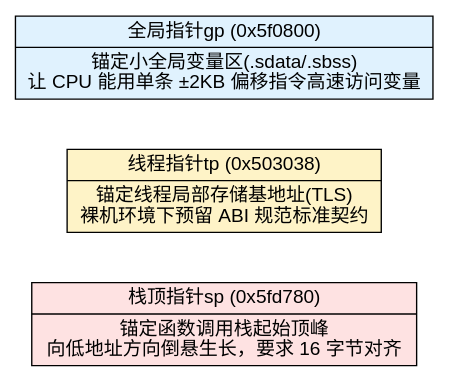
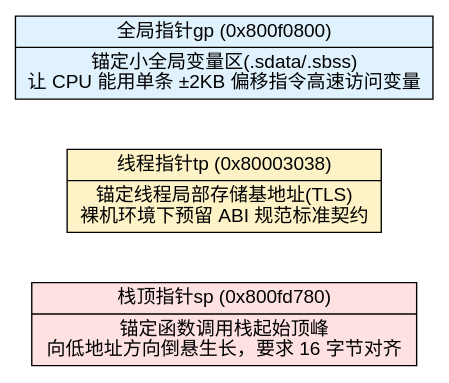
The fourth of 13 diagrams in src/content/posts/riscv-baremetal-boot-and-runtime-bringup-guide.md (hqu-little-boy/blog), drawn with Graphviz before and after one commit. The commit also changed other lines of this file and 3 other files, not shown here.

Commit message:
feat(diagrams): support in-place source code toggle and character-level text selection

````diff
--- a/src/content/posts/riscv-baremetal-boot-and-runtime-bringup-guide.md
+++ b/src/content/posts/riscv-baremetal-boot-and-runtime-bringup-guide.md
@@ -272,12 +272,12 @@
 ```graphviz
 digraph register_trio {
     rankdir=TB;
     node [shape=record, fontname="sans-serif", style=filled, fillcolor="#f8fafc"];
 
-    gp_box [label="{ <name> 全局指针 gp (0x5f0800) | 锚定小全局变量区 (.sdata/.sbss)\n让 CPU 能用单条 ±2KB 偏移指令高速访问变量 }", fillcolor="#e0f2fe"];
-    tp_box [label="{ <name> 线程指针 tp (0x503038) | 锚定线程局部存储基地址 (TLS)\n裸机环境下预留 ABI 规范标准契约 }", fillcolor="#fef3c7"];
-    sp_box [label="{ <name> 栈顶指针 sp (0x5fd780) | 锚定函数调用栈起始顶峰\n向低地址方向倒悬生长，要求 16 字节对齐 }", fillcolor="#fee2e2"];
+    gp_box [label="{ <name> 全局指针 gp (0x800f0800) | 锚定小全局变量区 (.sdata/.sbss)\n让 CPU 能用单条 ±2KB 偏移指令高速访问变量 }", fillcolor="#e0f2fe"];
+    tp_box [label="{ <name> 线程指针 tp (0x80003038) | 锚定线程局部存储基地址 (TLS)\n裸机环境下预留 ABI 规范标准契约 }", fillcolor="#fef3c7"];
+    sp_box [label="{ <name> 栈顶指针 sp (0x800fd780) | 锚定函数调用栈起始顶峰\n向低地址方向倒悬生长，要求 16 字节对齐 }", fillcolor="#fee2e2"];
 
     gp_box -> tp_box -> sp_box [style=invis];
 }
 ```
````
